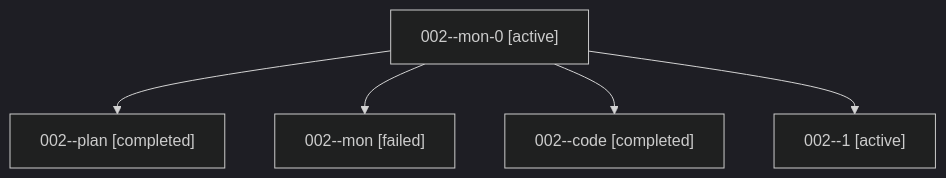
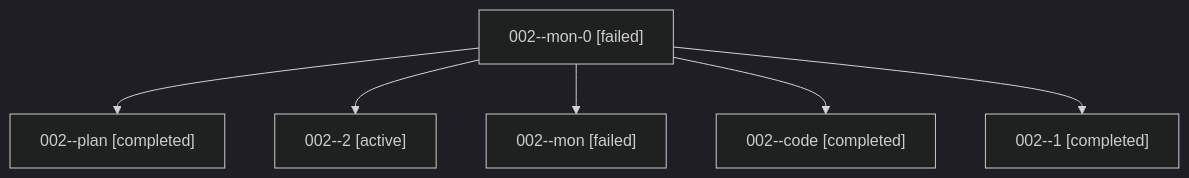
Before and after one commit to sase-org/sase--agents: the diagram in families/bbugyi200.athena.002.md, drawn with Mermaid (dark theme). The commit also changed other lines of this file and 1178 other files, not shown here.

````diff
--- a/families/bbugyi200.athena.002.md
+++ b/families/bbugyi200.athena.002.md
@@ -9,12 +9,14 @@
 ```mermaid
 flowchart TD
-  n0["002--mon-0 [active]"]
+  n0["002--mon-0 [failed]"]
   n1["002--plan [completed]"]
   n0 --> n1
-  n2["002--mon [failed]"]
+  n2["002--2 [active]"]
   n0 --> n2
-  n3["002--code [completed]"]
+  n3["002--mon [failed]"]
   n0 --> n3
-  n4["002--1 [active]"]
+  n4["002--code [completed]"]
   n0 --> n4
+  n5["002--1 [completed]"]
+  n0 --> n5
 ```
````
